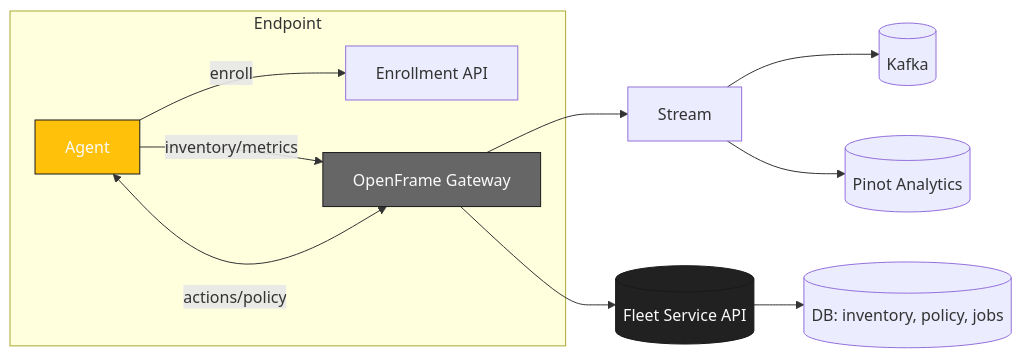
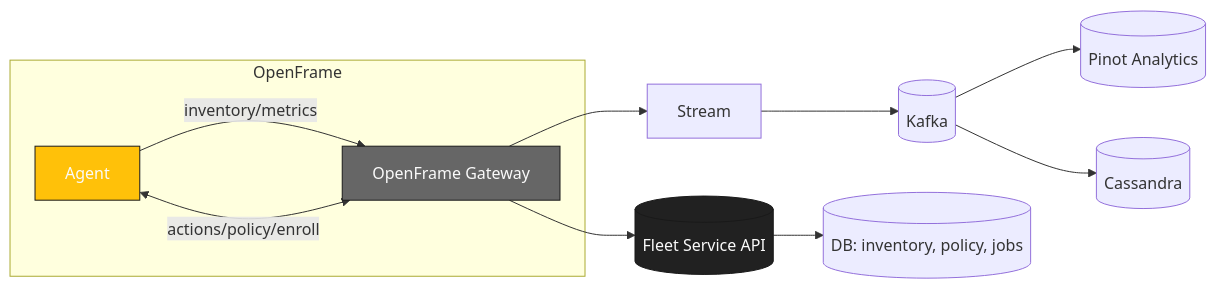
Before and after one commit to flamingo-stack/openframe-oss-tenant: the diagram in FLEET.md, drawn with Mermaid.

````diff
--- a/FLEET.md
+++ b/FLEET.md
@@ -59,18 +59,18 @@
 ```mermaid
 flowchart LR
-    subgraph Endpoint
-      A[Agent] -- enroll --> T[Enrollment API]
-      A -- inventory/metrics --> G[Gateway]
-      A <-- actions/policy --> G
+    subgraph OpenFrame
+      A[Agent] -- inventory/metrics --> G[OpenFrame Gateway]
+      A <-- actions/policy/enroll --> G
     end
 
-    G[OpenFrame Gateway] --> S[Stream]
+    G --> S[Stream]
     S --> K[(Kafka)]
-    S --> P[(Pinot Analytics)]
+    K --> P[(Pinot Analytics)]
+    K --> C[(Cassandra)]
     G --> API[(Fleet Service API)]
     API --> DB[(DB: inventory, policy, jobs)]
 
     style A fill:#FFC109,stroke:#1A1A1A,color:#FAFAFA
     style G fill:#666666,stroke:#1A1A1A,color:#FAFAFA
     style API fill:#212121,stroke:#1A1A1A,color:#FAFAFA
 ```
````
